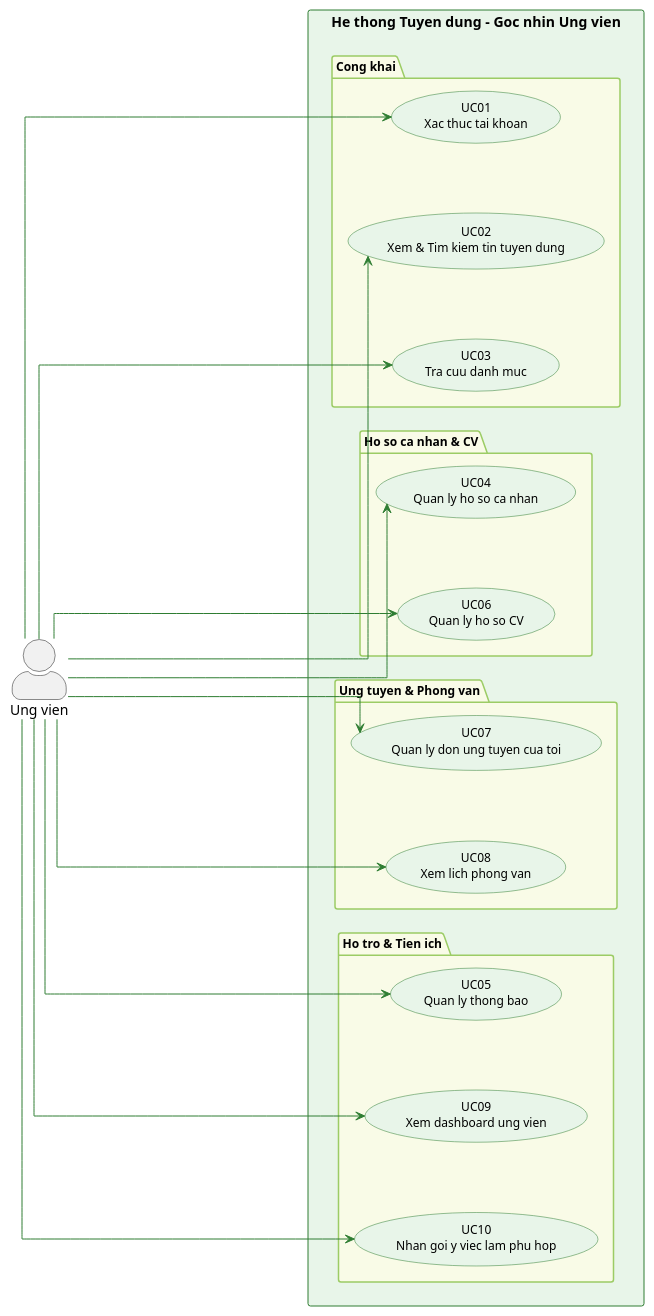
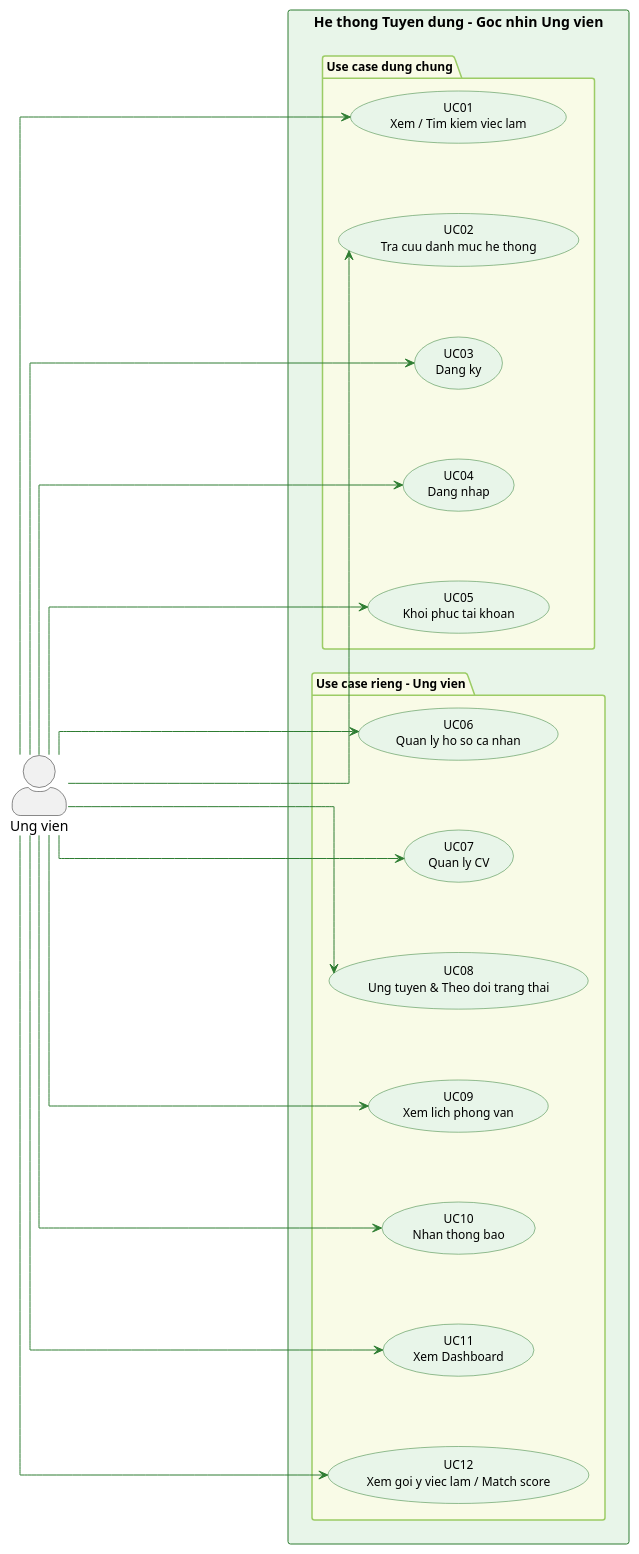
One commit to Ancuyou/Recruitment-Center-Website changed the diagram in uml/UseCase/UngVienUseCase.puml. Above: the diagram before and after it, drawn with PlantUML. The commit also changed 74 other files, not shown here.

Commit message:
Cap nhat use case diagram

```diff
--- a/uml/UseCase/UngVienUseCase.puml
+++ b/uml/UseCase/UngVienUseCase.puml
@@ -1,65 +1,64 @@
 @startuml UC01_UngVien
 left to right direction
 skinparam actorStyle awesome
 skinparam defaultFontName Arial
 skinparam nodesep 70
-skinparam ranksep 280
+skinparam ranksep 260
 skinparam linetype ortho
 
 skinparam usecase {
   BackgroundColor #E8F5E9
   BorderColor #2E7D32
   FontSize 12
 }
 skinparam package {
   BackgroundColor #F9FBE7
   BorderColor #9CCC65
   FontSize 12
   FontStyle bold
   Padding 18
 }
 skinparam rectangle {
   BackgroundColor #E8F5E9
   BorderColor #2E7D32
   FontSize 14
   FontStyle bold
 }
 
 actor "Ung vien" as UV
 
 rectangle "He thong Tuyen dung - Goc nhin Ung vien" {
 
-  package "Cong khai" {
-    usecase "UC01\nXac thuc tai khoan"            as UC01
-    usecase "UC02\nXem & Tim kiem tin tuyen dung" as UC02
-    usecase "UC03\nTra cuu danh muc"              as UC03
+  package "Use case dung chung" {
+    usecase "UC01\nXem / Tim kiem viec lam"           as UC01
+    usecase "UC02\nTra cuu danh muc he thong"         as UC02
+    usecase "UC03\nDang ky"                           as UC03
+    usecase "UC04\nDang nhap"                         as UC04
+    usecase "UC05\nKhoi phuc tai khoan"               as UC05
   }
 
-  package "Ho so ca nhan & CV" {
-    usecase "UC04\nQuan ly ho so ca nhan"         as UC04
-    usecase "UC06\nQuan ly ho so CV"              as UC06
-  }
-
-  package "Ung tuyen & Phong van" {
-    usecase "UC07\nQuan ly don ung tuyen cua toi" as UC07
-    usecase "UC08\nXem lich phong van"            as UC08
-  }
-
-  package "Ho tro & Tien ich" {
-    usecase "UC05\nQuan ly thong bao"             as UC05
-    usecase "UC09\nXem dashboard ung vien"        as UC09
-    usecase "UC10\nNhan goi y viec lam phu hop"   as UC10
+  package "Use case rieng - Ung vien" {
+    usecase "UC06\nQuan ly ho so ca nhan"             as UC06
+    usecase "UC07\nQuan ly CV"                        as UC07
+    usecase "UC08\nUng tuyen & Theo doi trang thai"   as UC08
+    usecase "UC09\nXem lich phong van"                as UC09
+    usecase "UC10\nNhan thong bao"                    as UC10
+    usecase "UC11\nXem Dashboard"                     as UC11
+    usecase "UC12\nXem goi y viec lam / Match score"  as UC12
   }
 }
 
 UV -[#2E7D32]-> UC01
 UV -[#2E7D32]-> UC02
 UV -[#2E7D32]-> UC03
 UV -[#2E7D32]-> UC04
 UV -[#2E7D32]-> UC05
 UV -[#2E7D32]-> UC06
 UV -[#2E7D32]-> UC07
 UV -[#2E7D32]-> UC08
 UV -[#2E7D32]-> UC09
 UV -[#2E7D32]-> UC10
+UV -[#2E7D32]-> UC11
+UV -[#2E7D32]-> UC12
+
 @enduml
```
